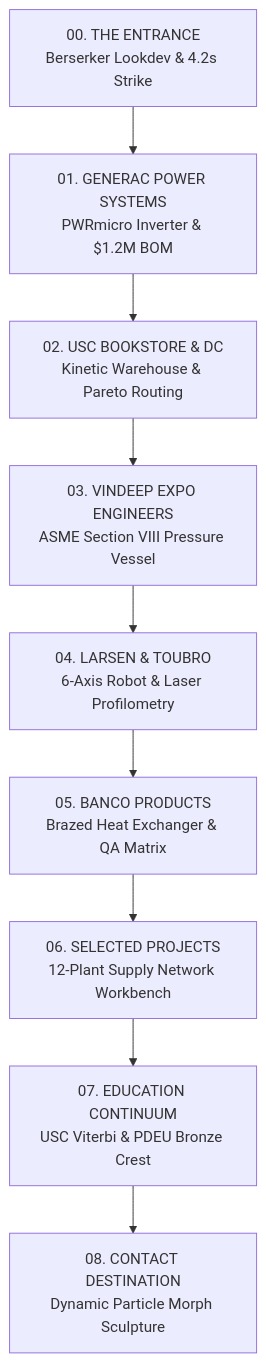
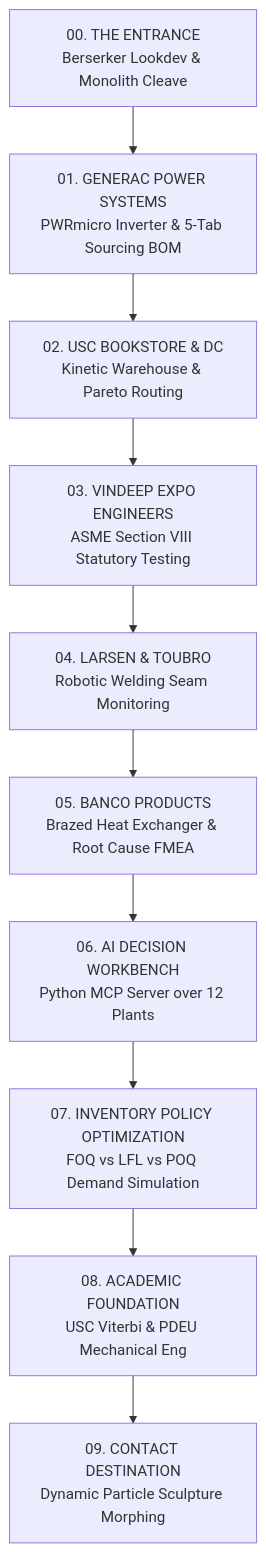
The diagram in REBUILD_AUDIT_REPORT.md (h3zus-m/h3zus-m.github.io), drawn with Mermaid before and after one commit. The commit also changed other lines of this file and 36 other files, not shown here.

````diff
--- a/REBUILD_AUDIT_REPORT.md
+++ b/REBUILD_AUDIT_REPORT.md
@@ -14,11 +15,12 @@
 ```mermaid
 graph TD
-    Entrance["00. THE ENTRANCE<br>Berserker Lookdev & 4.2s Strike"] --> Generac["01. GENERAC POWER SYSTEMS<br>PWRmicro Inverter & $1.2M BOM"]
+    Entrance["00. THE ENTRANCE<br>Berserker Lookdev & Monolith Cleave"] --> Generac["01. GENERAC POWER SYSTEMS<br>PWRmicro Inverter & 5-Tab Sourcing BOM"]
     Generac --> USCBookstore["02. USC BOOKSTORE & DC<br>Kinetic Warehouse & Pareto Routing"]
-    USCBookstore --> Vindeep["03. VINDEEP EXPO ENGINEERS<br>ASME Section VIII Pressure Vessel"]
-    Vindeep --> LT["04. LARSEN & TOUBRO<br>6-Axis Robot & Laser Profilometry"]
-    LT --> Banco["05. BANCO PRODUCTS<br>Brazed Heat Exchanger & QA Matrix"]
-    Banco --> Projects["06. SELECTED PROJECTS<br>12-Plant Supply Network Workbench"]
-    Projects --> Education["07. EDUCATION CONTINUUM<br>USC Viterbi & PDEU Bronze Crest"]
-    Education --> Contact["08. CONTACT DESTINATION<br>Dynamic Particle Morph Sculpture"]
+    USCBookstore --> Vindeep["03. VINDEEP EXPO ENGINEERS<br>ASME Section VIII Statutory Testing"]
+    Vindeep --> LT["04. LARSEN & TOUBRO<br>Robotic Welding Seam Monitoring"]
+    LT --> Banco["05. BANCO PRODUCTS<br>Brazed Heat Exchanger & Root Cause FMEA"]
+    Banco --> Workbench["06. AI DECISION WORKBENCH<br>Python MCP Server over 12 Plants"]
+    Workbench --> Inventory["07. INVENTORY POLICY OPTIMIZATION<br>FOQ vs LFL vs POQ Demand Simulation"]
+    Inventory --> Education["08. ACADEMIC FOUNDATION<br>USC Viterbi & PDEU Mechanical Eng"]
+    Education --> Contact["09. CONTACT DESTINATION<br>Dynamic Particle Sculpture Morphing"]
 ```
````
